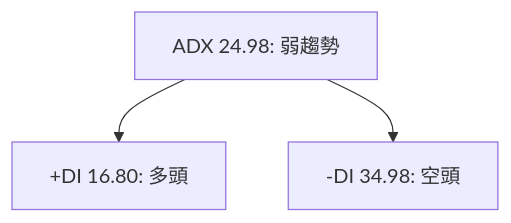
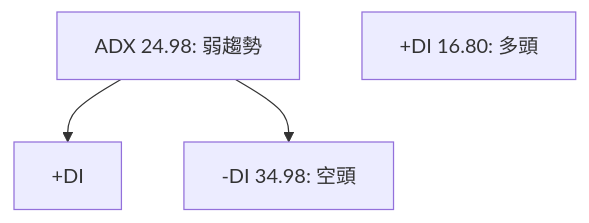
One commit to yennanliu/finance_data changed the third of 10 diagrams in ai_gen_report/stock/tsm/technical_analysis_2026-03-29_openai.md. Above: the diagram before and after it, drawn with Mermaid. The commit also changed 2258 other files, not shown here.

First line of the commit message:
chore: backfill Mermaid syntax repair across existing reports

````diff
--- a/ai_gen_report/stock/tsm/technical_analysis_2026-03-29_openai.md
+++ b/ai_gen_report/stock/tsm/technical_analysis_2026-03-29_openai.md
@@ -154,8 +154,8 @@
 ```mermaid
 graph TD
-    ADX[ADX 24.98: 弱趨勢]
-    +DI[+DI 16.80: 多頭]
-    -DI[-DI 34.98: 空頭]
-    ADX --> +DI
+    ADX["ADX 24.98: 弱趨勢"]
+    +DI["+DI 16.80: 多頭"]
+    -DI["-DI 34.98: 空頭"]
+    ADX --> nb1["+DI"]
     ADX --> -DI
 ```
````
